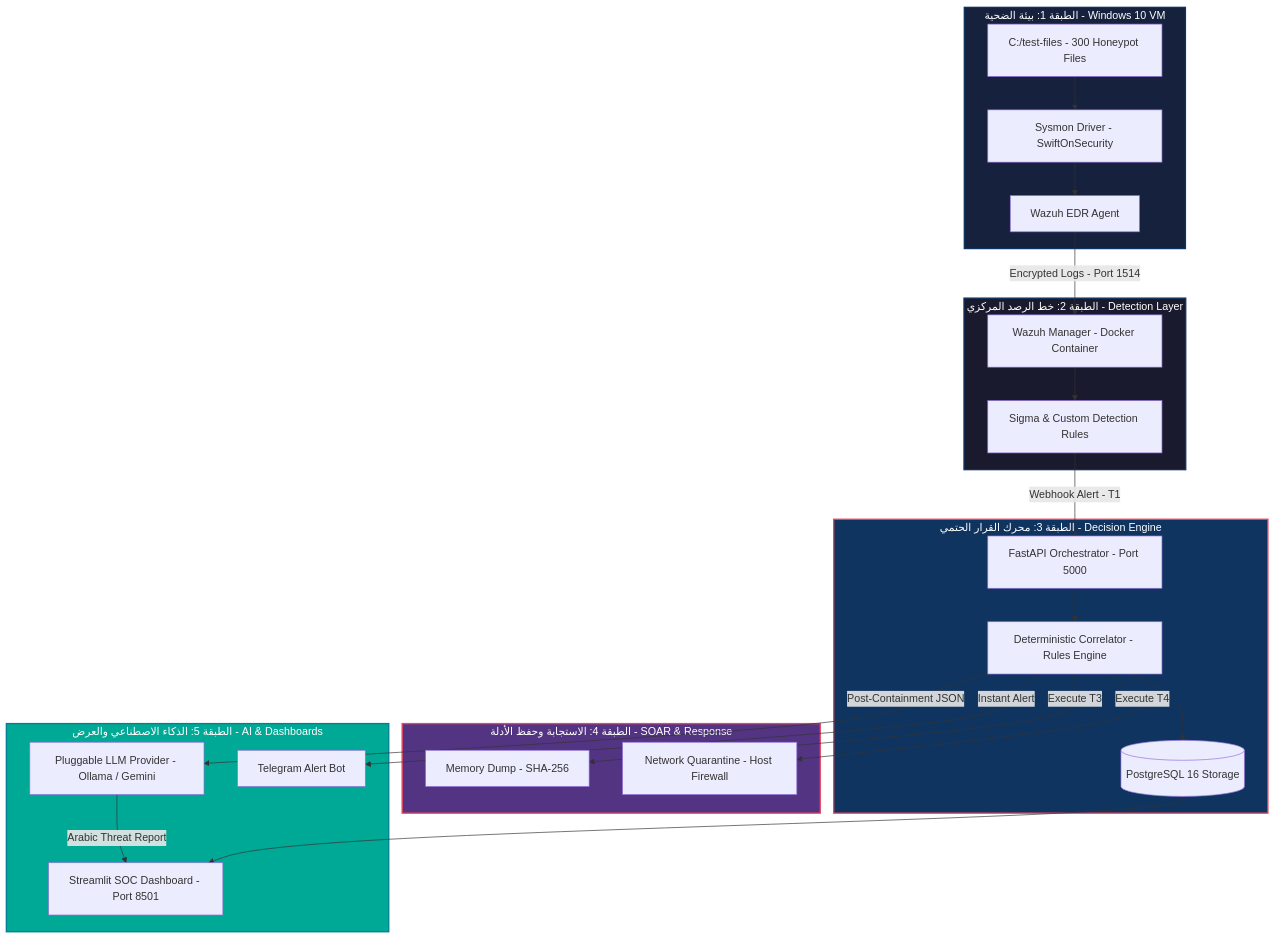
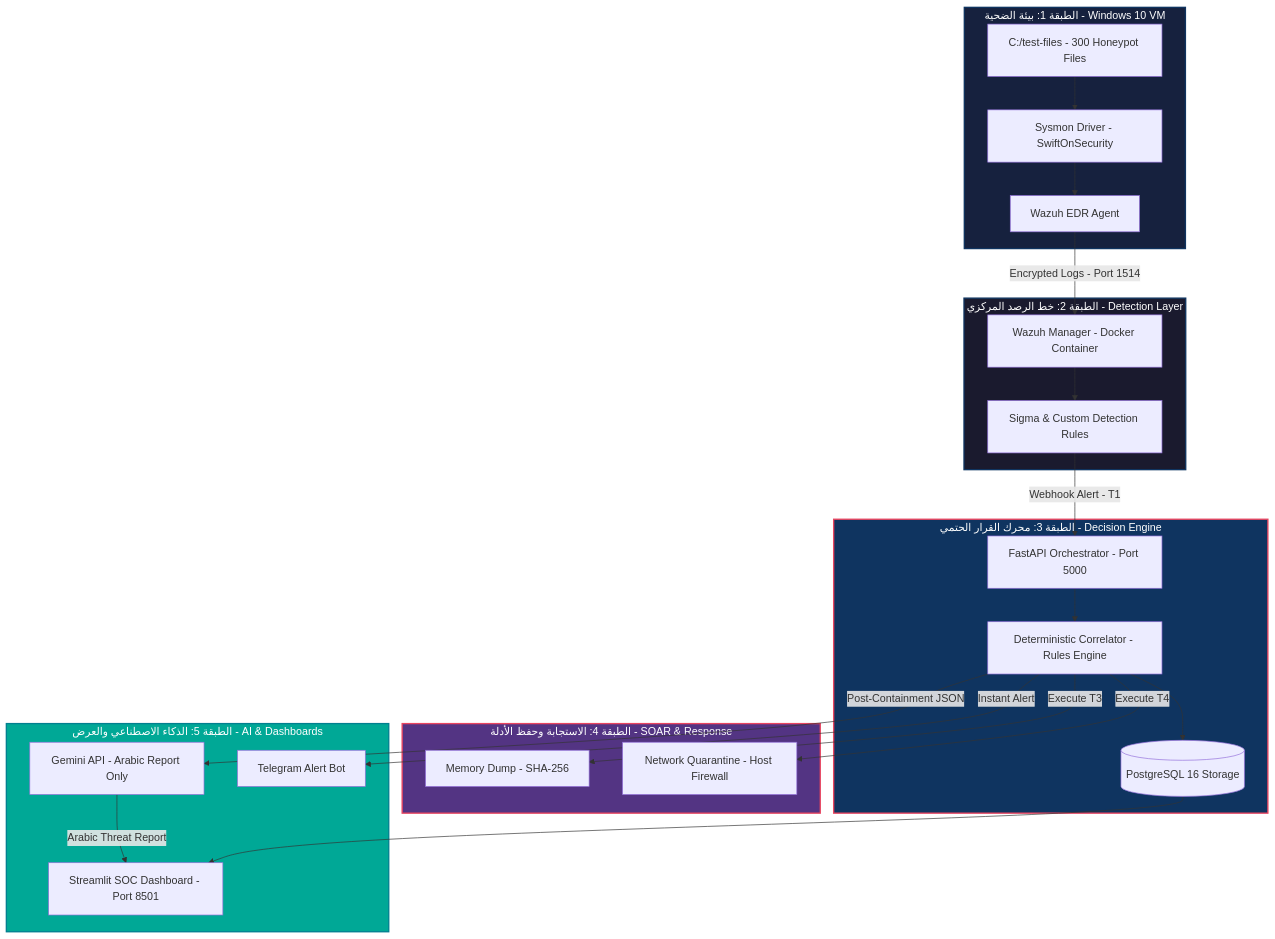
Before and after one commit to omar123JR/SAQR: the first of 2 diagrams in README.md, drawn with Mermaid. The commit also changed other lines of this file, not shown here.

Commit message:
docs: align README with approved SAQR architecture

````diff
--- a/README.md
+++ b/README.md
@@ -78,50 +82,50 @@
 ```mermaid
 flowchart TB
     subgraph L1 ["الطبقة 1: بيئة الضحية - Windows 10 VM"]
         Honeypot["C:/test-files - 300 Honeypot Files"]
         Sysmon["Sysmon Driver - SwiftOnSecurity"]
         Agent["Wazuh EDR Agent"]
         Honeypot --> Sysmon
         Sysmon --> Agent
     end
 
     subgraph L2 ["الطبقة 2: خط الرصد المركزي - Detection Layer"]
         WManager["Wazuh Manager - Docker Container"]
         Sigma["Sigma & Custom Detection Rules"]
         WManager --> Sigma
     end
 
     subgraph L3 ["الطبقة 3: محرك القرار الحتمي - Decision Engine"]
         FastAPI["FastAPI Orchestrator - Port 5000"]
         Correlator["Deterministic Correlator - Rules Engine"]
         DB[("PostgreSQL 16 Storage")]
         FastAPI --> Correlator
         Correlator --> DB
     end
 
     subgraph L4 ["الطبقة 4: الاستجابة وحفظ الأدلة - SOAR & Response"]
         ProcDump["Memory Dump - SHA-256"]
         NetIso["Network Quarantine - Host Firewall"]
     end
 
     subgraph L5 ["الطبقة 5: الذكاء الاصطناعي والعرض - AI & Dashboards"]
-        LLM["Pluggable LLM Provider - Ollama / Gemini"]
+        LLM["Gemini API - Arabic Report Only"]
         Dash["Streamlit SOC Dashboard - Port 8501"]
         Bot["Telegram Alert Bot"]
     end
 
     Agent -->|"Encrypted Logs - Port 1514"| WManager
     Sigma -->|"Webhook Alert - T1"| FastAPI
     Correlator -->|"Execute T3"| ProcDump
     Correlator -->|"Execute T4"| NetIso
     Correlator -->|"Post-Containment JSON"| LLM
     Correlator -->|"Instant Alert"| Bot
     LLM -->|"Arabic Threat Report"| Dash
     DB --> Dash
 
     style L1 fill:#16213e,stroke:#0f3460,stroke-width:2px,color:#fff
     style L2 fill:#1a1a2e,stroke:#0f3460,stroke-width:2px,color:#fff
     style L3 fill:#0f3460,stroke:#e94560,stroke-width:2px,color:#fff
     style L4 fill:#533483,stroke:#e94560,stroke-width:2px,color:#fff
     style L5 fill:#00a896,stroke:#028090,stroke-width:2px,color:#fff
 ```
````
